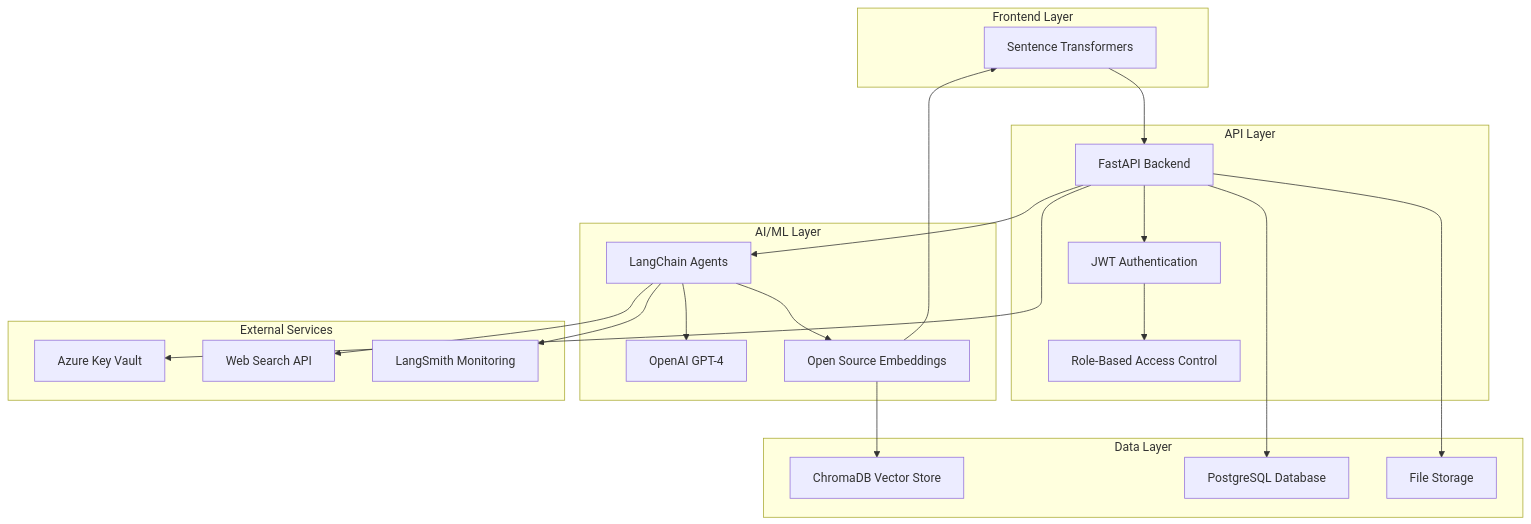
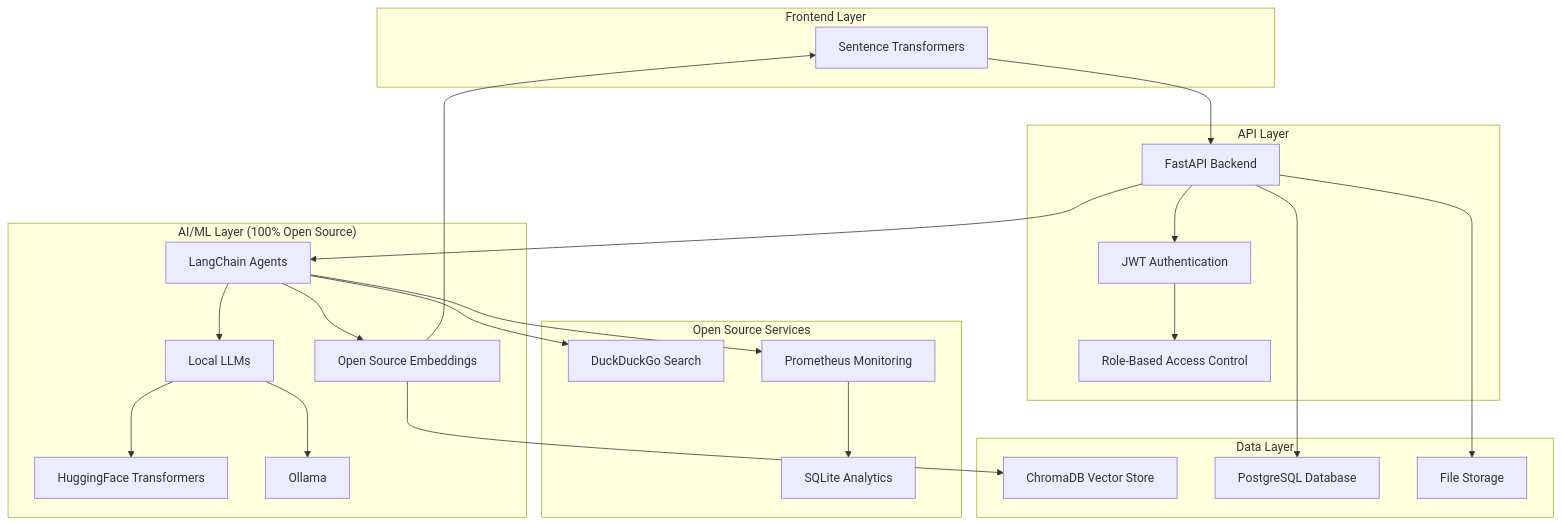
One commit to Srujankatukam/AI-Powered-Role-Based-Knowledge-Assistant changed the diagram in README.md. Above: the diagram before and after it, drawn with Mermaid. The commit also changed other lines of this file and 12 other files, not shown here.

Commit message:
Refactor: Migrate to 100% open-source dependencies

````diff
--- a/README.md
+++ b/README.md
@@ -49,45 +59,49 @@
 ```mermaid
 graph TB
     subgraph "Frontend Layer"
         ST[Streamlit UI]
     end
     
     subgraph "API Layer"
         FA[FastAPI Backend]
         AUTH[JWT Authentication]
         RBAC[Role-Based Access Control]
     end
     
-    subgraph "AI/ML Layer"
+    subgraph "AI/ML Layer (100% Open Source)"
         LC[LangChain Agents]
-        OAI[OpenAI GPT-4]
+        LLM[Local LLMs]
+        HF[HuggingFace Transformers]
+        OL[Ollama]
         EMB[Open Source Embeddings]
         ST[Sentence Transformers]
     end
     
     subgraph "Data Layer"
         VDB[ChromaDB Vector Store]
         PG[PostgreSQL Database]
         FS[File Storage]
     end
     
-    subgraph "External Services"
-        AKV[Azure Key Vault]
-        WS[Web Search API]
-        LS[LangSmith Monitoring]
+    subgraph "Open Source Services"
+        WS[DuckDuckGo Search]
+        MON[Prometheus Monitoring]
+        SQLITE[SQLite Analytics]
     end
     
     ST --> FA
     FA --> AUTH
     AUTH --> RBAC
     FA --> LC
-    LC --> OAI
+    LC --> LLM
+    LLM --> HF
+    LLM --> OL
     LC --> EMB
     EMB --> ST
     LC --> WS
     EMB --> VDB
     FA --> PG
     FA --> FS
-    FA --> AKV
-    LC --> LS
+    LC --> MON
+    MON --> SQLITE
 ```
````
